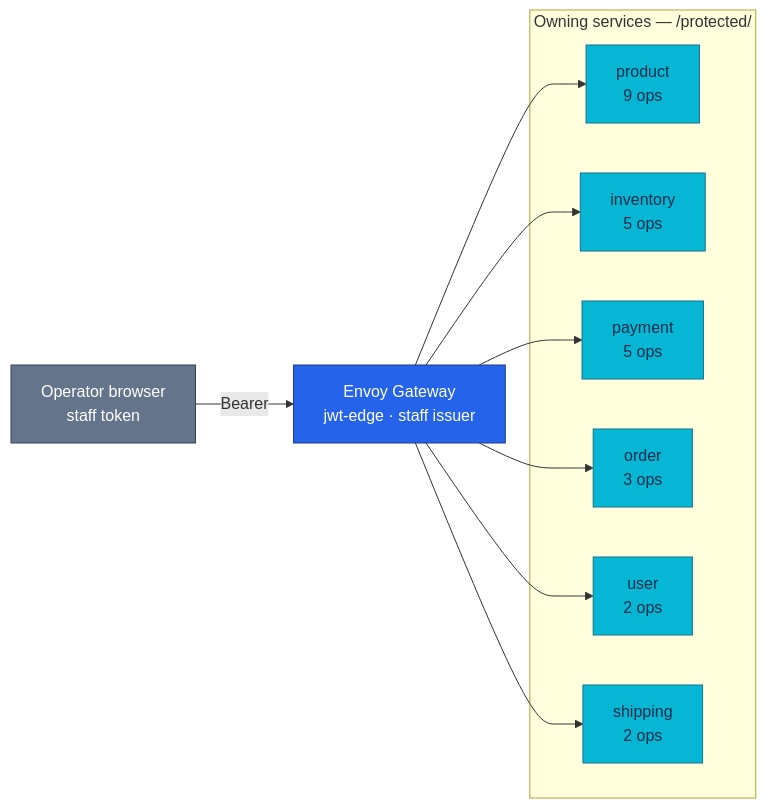
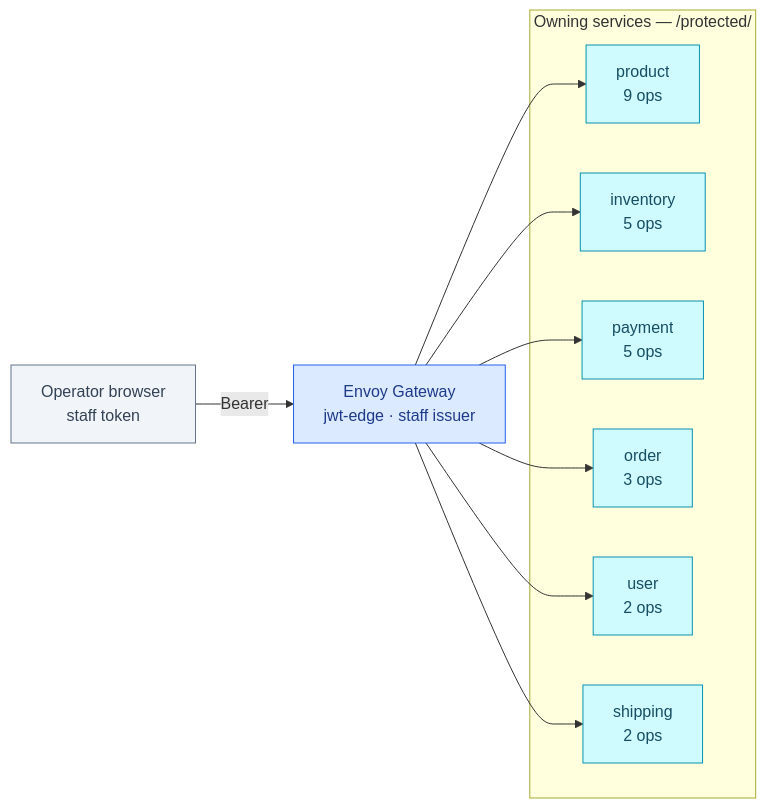
Before and after one commit to duynhlab/homelab: the diagram in docs/api/admin.md, drawn with Mermaid. The commit also changed 174 other files, not shown here.

First line of the commit message:
Soft-tint diagram palette, a signal-flow diagram, a Linux-ready Draw.io skill

````diff
--- a/docs/api/admin.md
+++ b/docs/api/admin.md
@@ -40,24 +40,24 @@
 ```mermaid
 flowchart LR
   OP["Operator browser<br/>staff token"]
   EG["Envoy Gateway<br/>jwt-edge · staff issuer"]
 
   subgraph OWN["Owning services — /protected/"]
     PROD["product<br/>9 ops"]
     INV["inventory<br/>5 ops"]
     PAY["payment<br/>5 ops"]
     ORD["order<br/>3 ops"]
     USER["user<br/>2 ops"]
     SHIP["shipping<br/>2 ops"]
   end
 
   OP -->|"Bearer"| EG
   EG --> PROD & INV & PAY & ORD & USER & SHIP
 
-  classDef external fill:#64748b,color:#fff,stroke:#334155;
-  classDef edge fill:#2563eb,color:#fff,stroke:#1e3a8a;
-  classDef service fill:#06b6d4,color:#082f49,stroke:#0e7490;
+  classDef external fill:#f1f5f9,color:#334155,stroke:#64748b;
+  classDef edge fill:#dbeafe,color:#1e3a8a,stroke:#2563eb;
+  classDef service fill:#cffafe,color:#164e63,stroke:#0891b2;
   class OP external
   class EG edge
   class PROD,INV,PAY,ORD,USER,SHIP service
 ```
````
